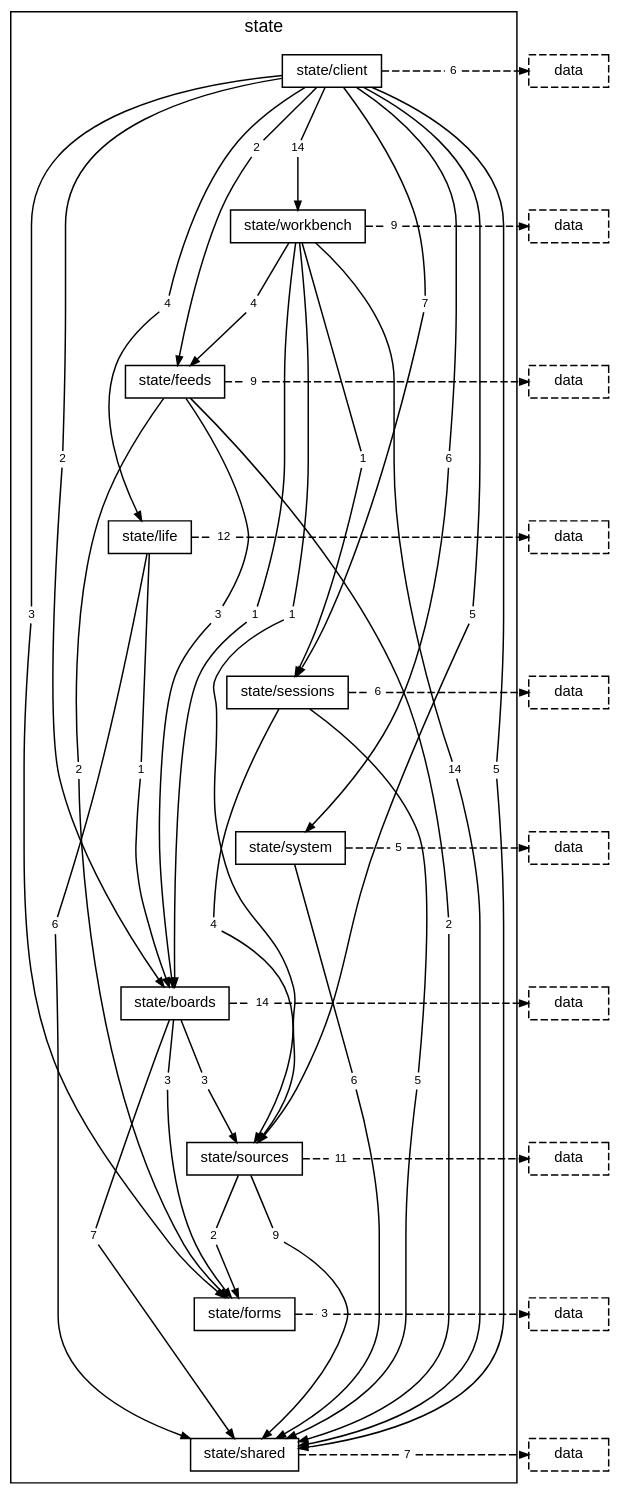
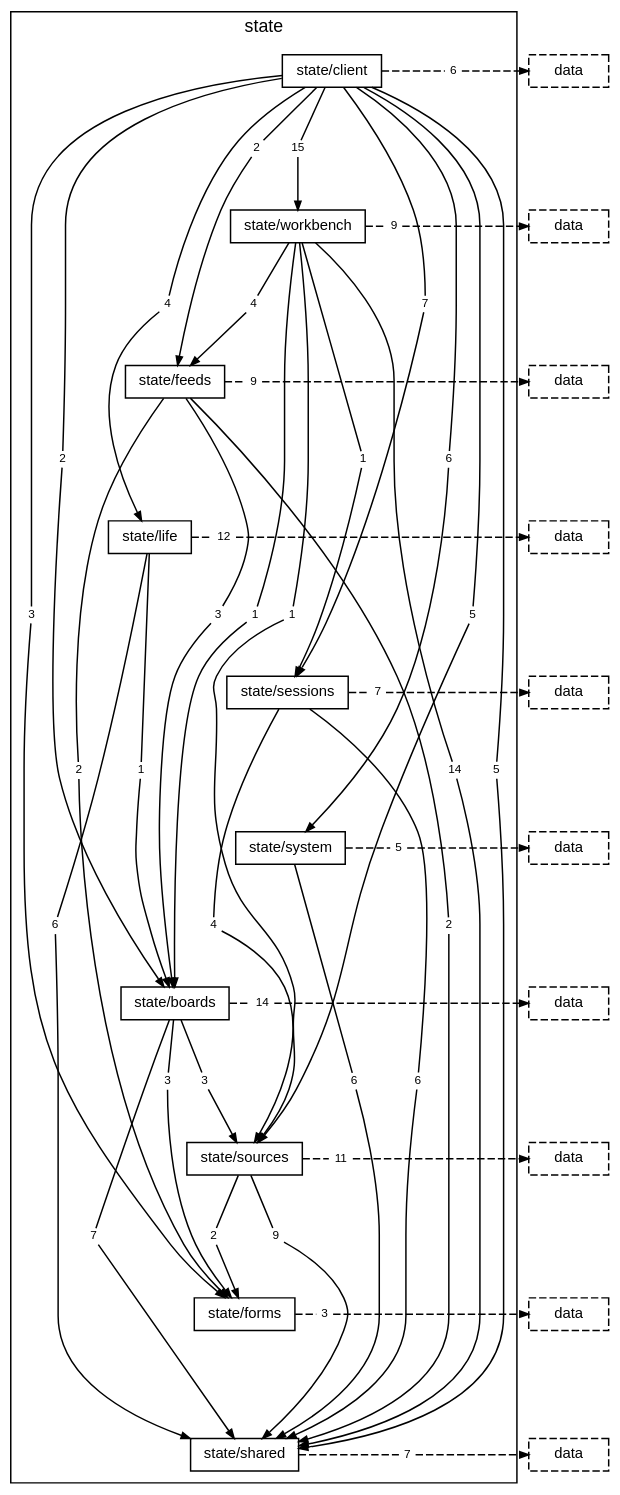
One commit to TheAxeC/oculus changed the diagram in docs/diagrams/layer-state.dot. Above: the diagram before and after it, drawn with Graphviz. The commit also changed 92 other files, not shown here.

```diff
--- a/docs/diagrams/layer-state.dot
+++ b/docs/diagrams/layer-state.dot
@@ -22,7 +22,7 @@
         "folder state/client to folder state/shared" [label="5", shape=box, color="transparent", fontsize=8, width=0, height=0, margin="0.04,0.02"];
         "folder state/client to folder state/sources" [label="5", shape=box, color="transparent", fontsize=8, width=0, height=0, margin="0.04,0.02"];
         "folder state/client to folder state/system" [label="6", shape=box, color="transparent", fontsize=8, width=0, height=0, margin="0.04,0.02"];
-        "folder state/client to folder state/workbench" [label="14", shape=box, color="transparent", fontsize=8, width=0, height=0, margin="0.04,0.02"];
+        "folder state/client to folder state/workbench" [label="15", shape=box, color="transparent", fontsize=8, width=0, height=0, margin="0.04,0.02"];
         "folder state/client to layer data" [label="6", shape=box, color="transparent", fontsize=8, width=0, height=0, margin="0.04,0.02"];
         "folder state/workbench to folder state/boards" [label="1", shape=box, color="transparent", fontsize=8, width=0, height=0, margin="0.04,0.02"];
         "folder state/workbench to folder state/feeds" [label="4", shape=box, color="transparent", fontsize=8, width=0, height=0, margin="0.04,0.02"];
@@ -37,9 +37,9 @@
         "folder state/life to folder state/boards" [label="1", shape=box, color="transparent", fontsize=8, width=0, height=0, margin="0.04,0.02"];
         "folder state/life to folder state/shared" [label="6", shape=box, color="transparent", fontsize=8, width=0, height=0, margin="0.04,0.02"];
         "folder state/life to layer data" [label="12", shape=box, color="transparent", fontsize=8, width=0, height=0, margin="0.04,0.02"];
-        "folder state/sessions to folder state/shared" [label="5", shape=box, color="transparent", fontsize=8, width=0, height=0, margin="0.04,0.02"];
+        "folder state/sessions to folder state/shared" [label="6", shape=box, color="transparent", fontsize=8, width=0, height=0, margin="0.04,0.02"];
         "folder state/sessions to folder state/sources" [label="4", shape=box, color="transparent", fontsize=8, width=0, height=0, margin="0.04,0.02"];
-        "folder state/sessions to layer data" [label="6", shape=box, color="transparent", fontsize=8, width=0, height=0, margin="0.04,0.02"];
+        "folder state/sessions to layer data" [label="7", shape=box, color="transparent", fontsize=8, width=0, height=0, margin="0.04,0.02"];
         "folder state/system to folder state/shared" [label="6", shape=box, color="transparent", fontsize=8, width=0, height=0, margin="0.04,0.02"];
         "folder state/system to layer data" [label="5", shape=box, color="transparent", fontsize=8, width=0, height=0, margin="0.04,0.02"];
         "folder state/boards to folder state/forms" [label="3", shape=box, color="transparent", fontsize=8, width=0, height=0, margin="0.04,0.02"];
```
